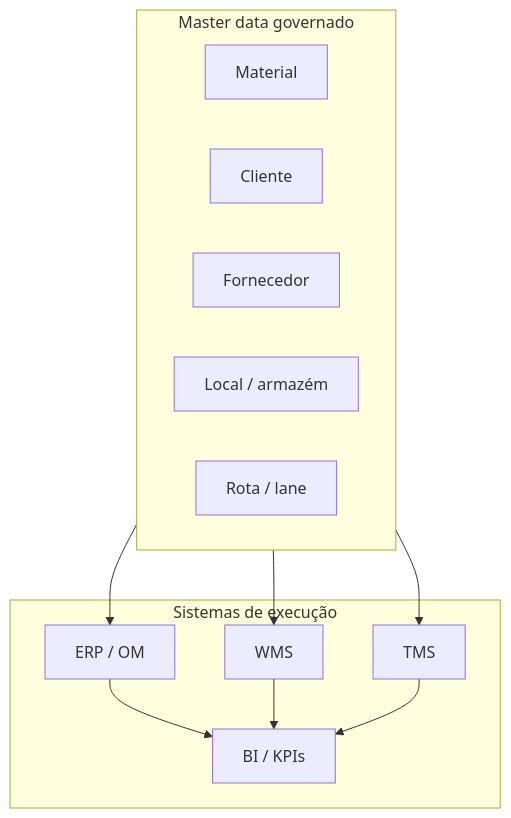
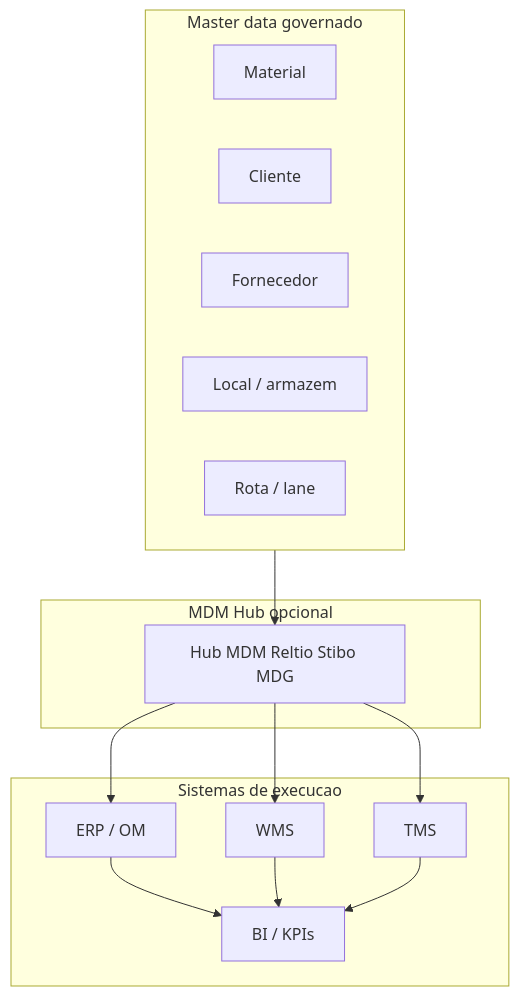
One commit to cleberhensel/logisticon-academy changed the second of 4 diagrams in aulas/trilha-tecnologia-e-sistemas/modulo-01-master-data-para-logistica/aula-01-master-data-na-cadeia.md. Above: the diagram before and after it, drawn with Mermaid. The commit also changed other lines of this file and 122 other files, not shown here.

````diff
--- a/aulas/trilha-tecnologia-e-sistemas/modulo-01-master-data-para-logistica/aula-01-master-data-na-cadeia.md
+++ b/aulas/trilha-tecnologia-e-sistemas/modulo-01-master-data-para-logistica/aula-01-master-data-na-cadeia.md
@@ -56,22 +105,26 @@
 ```mermaid
 flowchart TB
   subgraph md["Master data governado"]
     M[Material]
     C[Cliente]
     F[Fornecedor]
-    L[Local / armazém]
+    L[Local / armazem]
     R[Rota / lane]
   end
-  subgraph sys["Sistemas de execução"]
+  subgraph hub["MDM Hub opcional"]
+    H[Hub MDM Reltio Stibo MDG]
+  end
+  subgraph sys["Sistemas de execucao"]
     ERP[ERP / OM]
     W[WMS]
     T[TMS]
     BI[BI / KPIs]
   end
-  md --> ERP
-  md --> W
-  md --> T
+  md --> H
+  H --> ERP
+  H --> W
+  H --> T
   ERP --> BI
   W --> BI
   T --> BI
 ```
````
